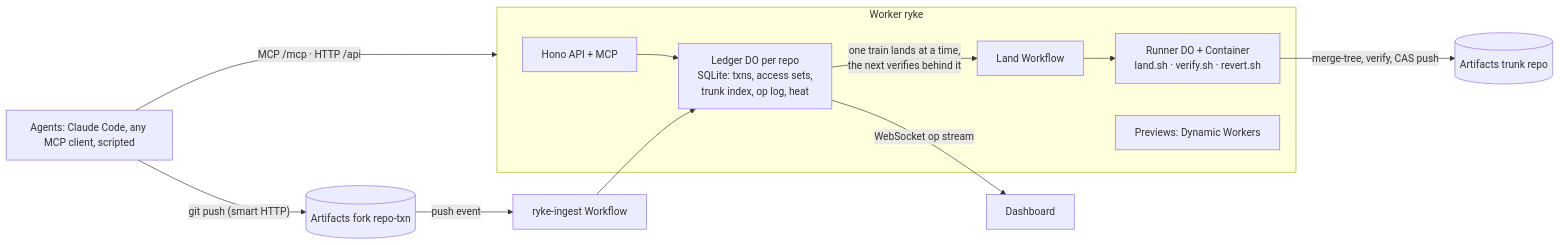
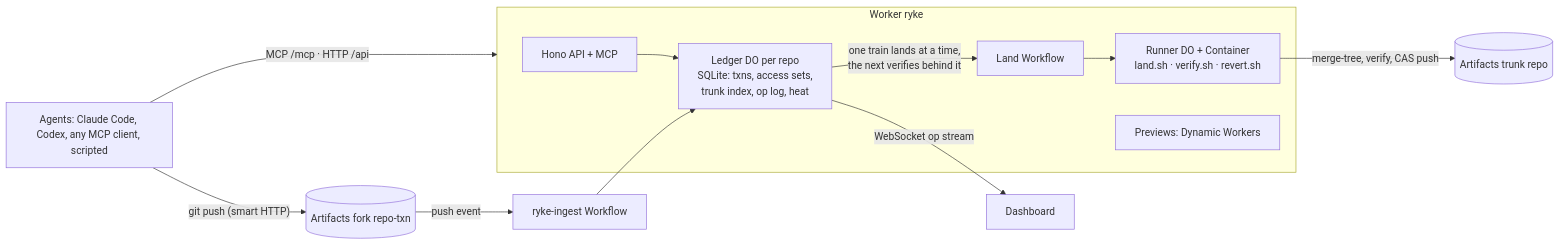
Before and after one commit to cloudlei-de/ryke: the diagram in docs/how-it-works.md, drawn with Mermaid. The commit also changed other lines of this file and 29 other files, not shown here.

First line of the commit message:
feat: run agents on your own claude or codex subscription or api key

````diff
--- a/docs/how-it-works.md
+++ b/docs/how-it-works.md
@@ -115,14 +116,14 @@
 ```mermaid
 flowchart LR
-  A[Agents: Claude Code, any MCP client, scripted] -- "MCP /mcp · HTTP /api" --> W
+  A[Agents: Claude Code, Codex, any MCP client, scripted] -- "MCP /mcp · HTTP /api" --> W
   A -- "git push (smart HTTP)" --> F[(Artifacts fork repo-txn)]
   subgraph W [Worker ryke]
     API[Hono API + MCP] --> L[Ledger DO per repo<br/>SQLite: txns, access sets,<br/>trunk index, op log, heat]
     L -- "one train lands at a time,<br/>the next verifies behind it" --> LW[Land Workflow]
     LW --> R[Runner DO + Container<br/>land.sh · verify.sh · revert.sh]
     P[Previews: Dynamic Workers]
   end
   F -- "push event" --> IW[ryke-ingest Workflow] --> L
   R -- "merge-tree, verify, CAS push" --> T[(Artifacts trunk repo)]
   L -- "WebSocket op stream" --> D[Dashboard]
 ```
````
